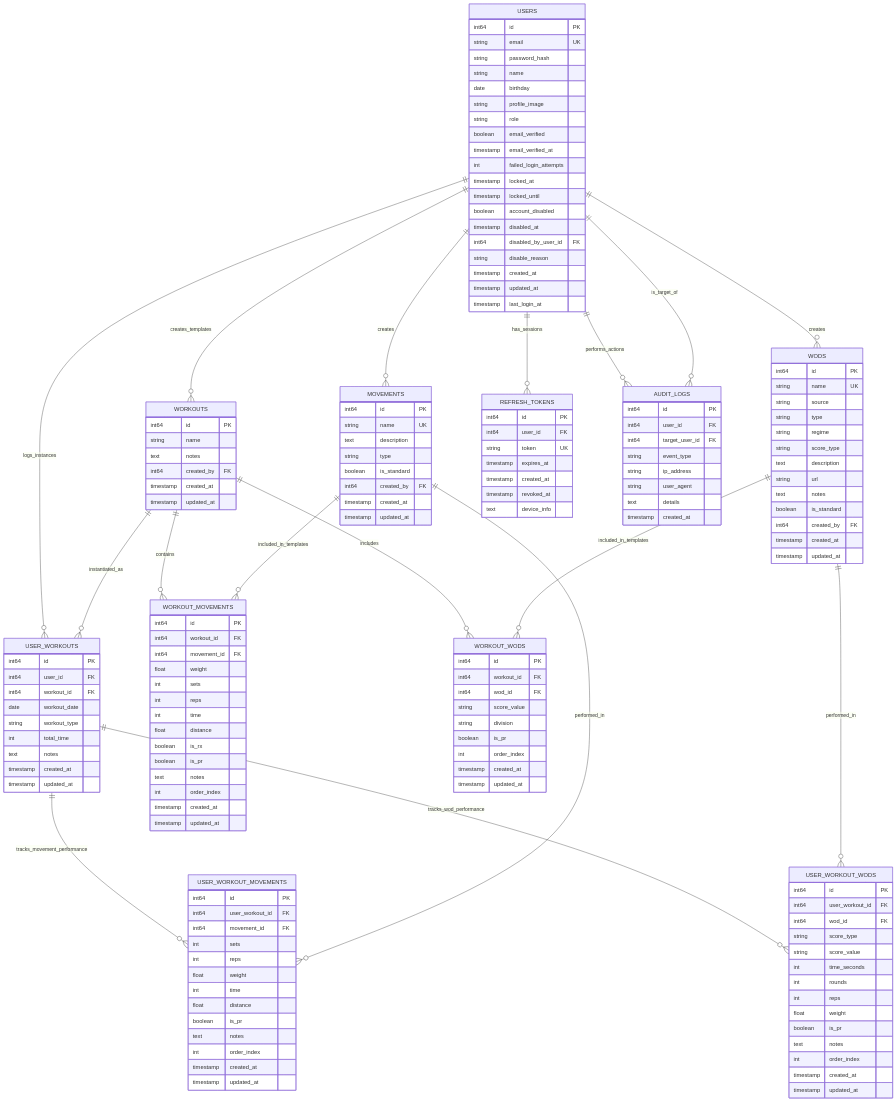
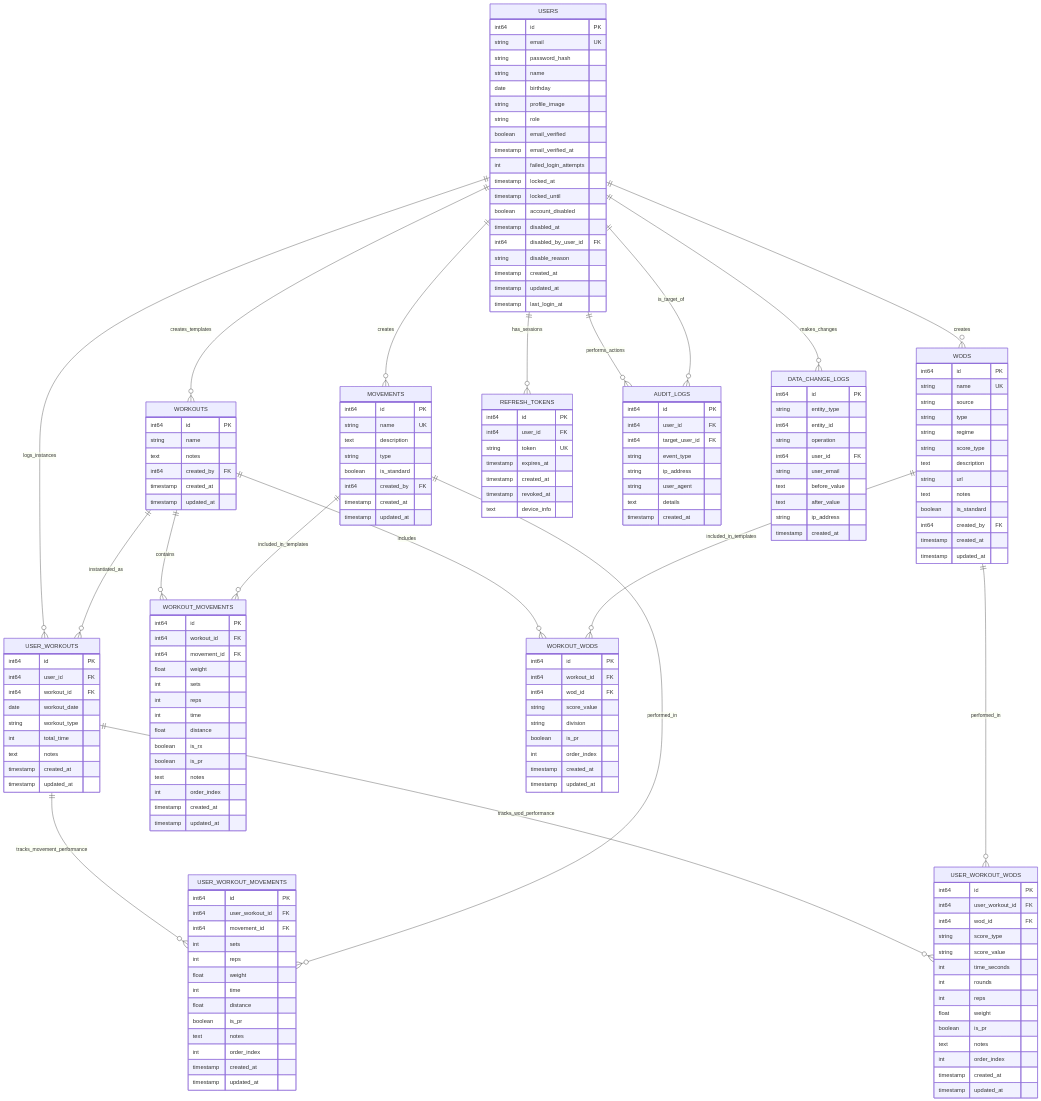
Before and after one commit to johnzastrow/actalog: the diagram in docs/DATABASE_SCHEMA.md, drawn with Mermaid. The commit also changed other lines of this file and 6 other files, not shown here.

````diff
--- a/docs/DATABASE_SCHEMA.md
+++ b/docs/DATABASE_SCHEMA.md
@@ -95,6 +111,7 @@
     USERS ||--o{ REFRESH_TOKENS : has_sessions
     USERS ||--o{ AUDIT_LOGS : performs_actions
     USERS ||--o{ AUDIT_LOGS : is_target_of
+    USERS ||--o{ DATA_CHANGE_LOGS : makes_changes
 
     WORKOUTS ||--o{ WORKOUT_MOVEMENTS : contains
     WORKOUTS ||--o{ WORKOUT_WODS : includes
@@ -261,4 +278,17 @@
         text details
         timestamp created_at
     }
+
+    DATA_CHANGE_LOGS {
+        int64 id PK
+        string entity_type
+        int64 entity_id
+        string operation
+        int64 user_id FK
+        string user_email
+        text before_value
+        text after_value
+        string ip_address
+        timestamp created_at
+    }
 ```
````
